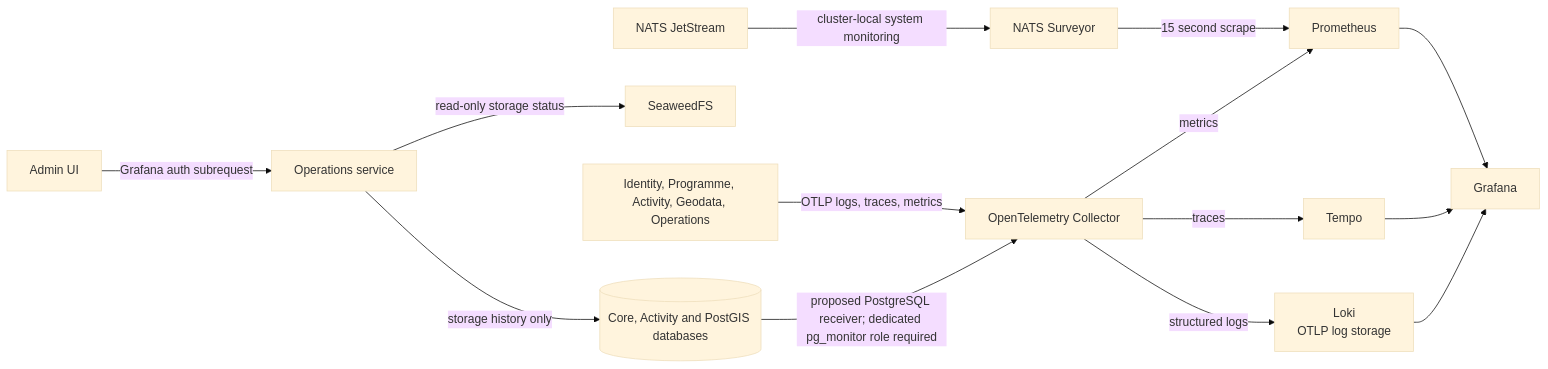
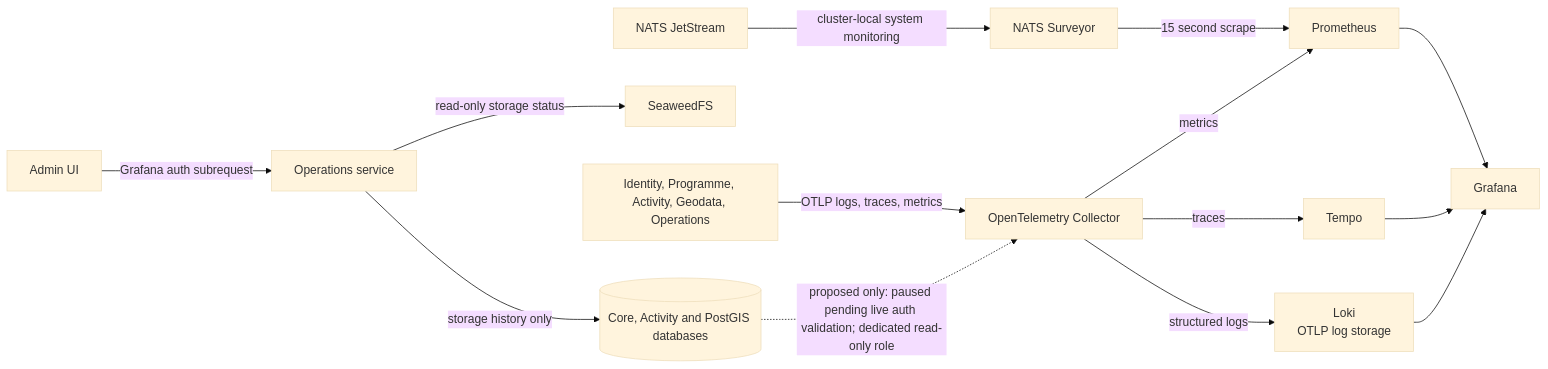
Before and after one commit to myota-platform/myota-docs: the diagram in docs/architecture/diagrams/observability-architecture.md, drawn with Mermaid (base theme). The commit also changed other lines of this file, not shown here.

Commit message:
Clarify PostgreSQL receiver is paused in architecture diagram

````diff
--- a/docs/architecture/diagrams/observability-architecture.md
+++ b/docs/architecture/diagrams/observability-architecture.md
@@ -3,28 +3,28 @@
 ```mermaid
 flowchart LR
   UI[Admin UI]
   Ops[Operations service]
   DB[(Core, Activity and PostGIS databases)]
   SW[SeaweedFS]
   NATS[NATS JetStream]
   Surveyor[NATS Surveyor]
   Prom[Prometheus]
   Tempo[Tempo]
   Loki[Loki\nOTLP log storage]
   Collector[OpenTelemetry Collector]
   Services[Identity, Programme, Activity, Geodata, Operations]
   Grafana[Grafana]
   UI -->|Grafana auth subrequest| Ops
   Ops -->|read-only storage status| SW
   Ops -->|storage history only| DB
   NATS -->|cluster-local system monitoring| Surveyor
   Surveyor -->|15 second scrape| Prom
   Services -->|OTLP logs, traces, metrics| Collector
   Collector -->|metrics| Prom
   Collector -->|traces| Tempo
   Collector -->|structured logs| Loki
   Prom --> Grafana
   Tempo --> Grafana
   Loki --> Grafana
-  DB -->|proposed PostgreSQL receiver; dedicated pg_monitor role required| Collector
+  DB -.->|proposed only: paused pending live auth validation; dedicated read-only role| Collector
 ```
````
